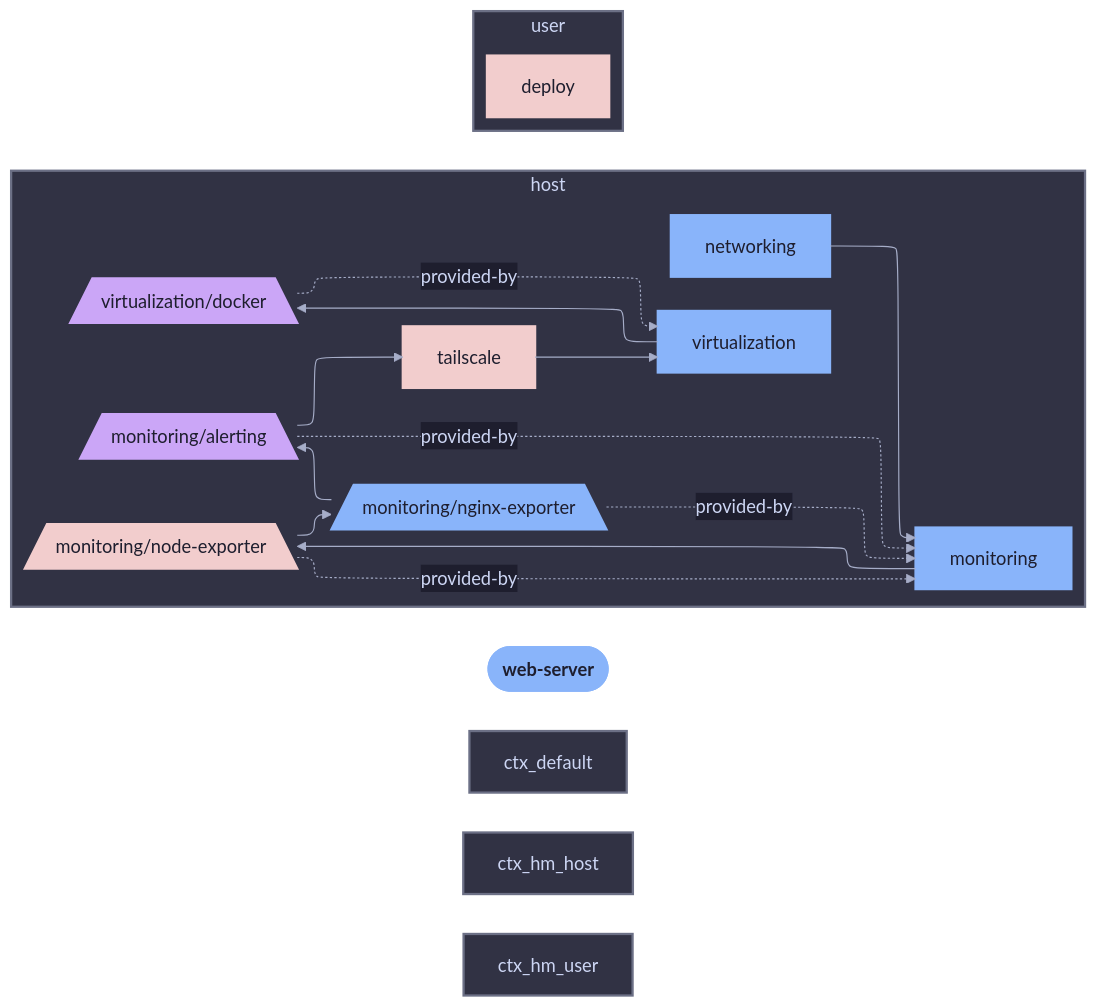
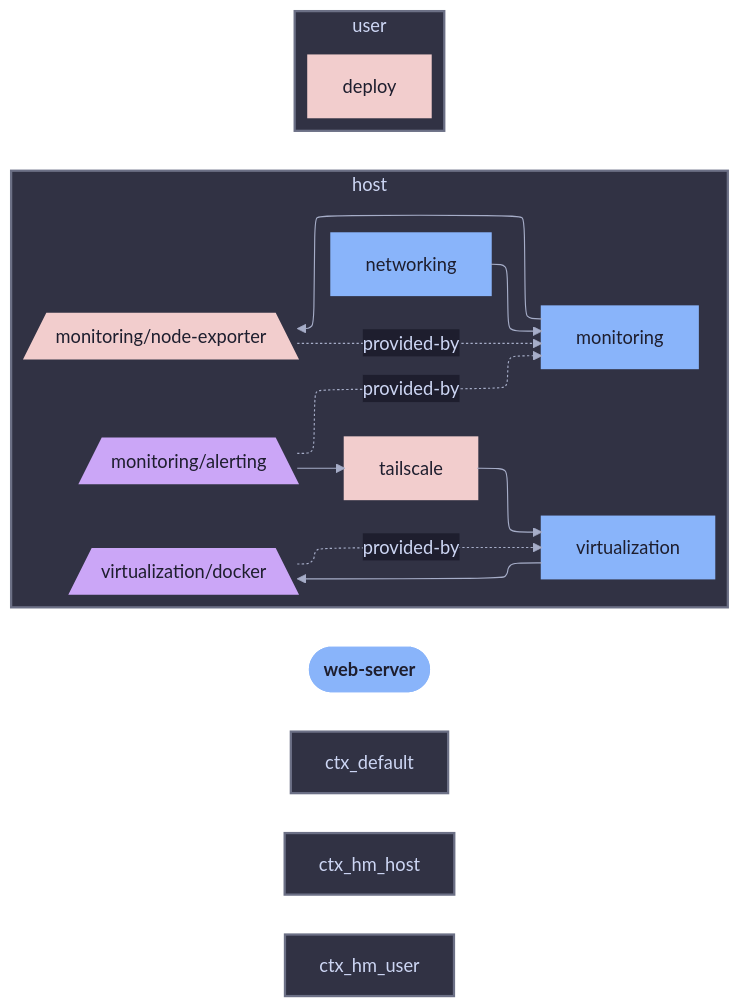
Before and after one commit to sini/den: the diagram in templates/diag-fx-demo/diagrams/web-server-declared.md, drawn with Mermaid. The commit also changed 526 other files, not shown here.

Commit message:
chore: update fx diagrams

````diff
--- a/templates/diag-fx-demo/diagrams/web-server-declared.md
+++ b/templates/diag-fx-demo/diagrams/web-server-declared.md
@@ -5,49 +5,44 @@
 ```mermaid
 %%{init: {"elk":{"mergeEdges":true,"nodePlacementStrategy":"BRANDES_KOEPF"},"layout":"elk","theme":"base","themeVariables":{"activationBkgColor":"#313244","activationBorderColor":"#6c7086","actorBkg":"#313244","actorBorder":"#a6adc8","actorLineColor":"#a6adc8","actorTextColor":"#cdd6f4","background":"#1e1e2e","classText":"#cdd6f4","clusterBkg":"#313244","clusterBorder":"#6c7086","edgeLabelBackground":"#1e1e2e","labelBoxBkgColor":"#313244","labelBoxBorderColor":"#a6adc8","labelTextColor":"#cdd6f4","lineColor":"#a6adc8","loopTextColor":"#cdd6f4","mainBkg":"#313244","nodeBkg":"#313244","nodeBorder":"#a6adc8","nodeTextColor":"#cdd6f4","noteBkgColor":"#313244","noteBorderColor":"#6c7086","noteTextColor":"#cdd6f4","pie1":"#f38ba8","pie2":"#fab387","pie3":"#f9e2af","pie4":"#a6e3a1","pie5":"#94e2d5","pie6":"#89b4fa","pie7":"#cba6f7","pie8":"#f2cdcd","pieLegendTextColor":"#cdd6f4","pieOuterStrokeColor":"#6c7086","pieSectionTextColor":"#cdd6f4","pieStrokeColor":"#6c7086","pieTitleTextColor":"#cdd6f4","primaryBorderColor":"#a6adc8","primaryColor":"#313244","primaryTextColor":"#cdd6f4","secondBkg":"#313244","secondaryBorderColor":"#6c7086","secondaryColor":"#313244","secondaryTextColor":"#cdd6f4","sequenceNumberColor":"#1e1e2e","signalColor":"#a6adc8","signalTextColor":"#cdd6f4","tertiaryBorderColor":"#6c7086","tertiaryColor":"#313244","tertiaryTextColor":"#cdd6f4","textColor":"#cdd6f4","titleColor":"#cdd6f4"}}}%%
 graph LR
   web_server([web-server]):::root
 
   subgraph ctx_host["host"]
   monitoring__alerting[/"monitoring/alerting"\]:::monitoring__alerting_c
   virtualization__docker[/"virtualization/docker"\]:::virtualization__docker_c
   monitoring["monitoring"]:::monitoring_c
   networking["networking"]:::networking_c
-  monitoring__nginx_exporter[/"monitoring/nginx-exporter"\]:::monitoring__nginx_exporter_c
   monitoring__node_exporter[/"monitoring/node-exporter"\]:::monitoring__node_exporter_c
   tailscale["tailscale"]:::tailscale_c
   virtualization["virtualization"]:::virtualization_c
   monitoring --> monitoring__node_exporter
   monitoring__alerting --> tailscale
-  monitoring__nginx_exporter --> monitoring__alerting
-  monitoring__node_exporter --> monitoring__nginx_exporter
   networking --> monitoring
   tailscale --> virtualization
   virtualization --> virtualization__docker
   monitoring__node_exporter -.->|provided-by| monitoring
-  monitoring__nginx_exporter -.->|provided-by| monitoring
   monitoring__alerting -.->|provided-by| monitoring
   virtualization__docker -.->|provided-by| virtualization
   end
   subgraph ctx_user["user"]
   deploy["deploy"]:::deploy_c
 
   end
 
 
   classDef root fill:#89b4fa,stroke:#89b4fa,color:#1e1e2e,font-weight:bold
   classDef monitoring__alerting_c fill:#cba6f7,stroke:#cba6f7,color:#1e1e2e,stroke-width:2px
   classDef deploy_c fill:#f2cdcd,stroke:#f2cdcd,color:#1e1e2e,stroke-width:2px
   classDef virtualization__docker_c fill:#cba6f7,stroke:#cba6f7,color:#1e1e2e,stroke-width:2px
   classDef monitoring_c fill:#89b4fa,stroke:#89b4fa,color:#1e1e2e,stroke-width:2px
   classDef networking_c fill:#89b4fa,stroke:#89b4fa,color:#1e1e2e,stroke-width:2px
-  classDef monitoring__nginx_exporter_c fill:#89b4fa,stroke:#89b4fa,color:#1e1e2e,stroke-width:2px
   classDef monitoring__node_exporter_c fill:#f2cdcd,stroke:#f2cdcd,color:#1e1e2e,stroke-width:2px
   classDef tailscale_c fill:#f2cdcd,stroke:#f2cdcd,color:#1e1e2e,stroke-width:2px
   classDef virtualization_c fill:#89b4fa,stroke:#89b4fa,color:#1e1e2e,stroke-width:2px
   classDef web_server_c fill:#cba6f7,stroke:#cba6f7,color:#1e1e2e,stroke-width:3px
 style ctx_host fill:#313244,stroke:#6c7086,stroke-width:2px
 style ctx_default fill:#313244,stroke:#6c7086,stroke-width:2px
 style ctx_hm_host fill:#313244,stroke:#6c7086,stroke-width:2px
 style ctx_hm_user fill:#313244,stroke:#6c7086,stroke-width:2px
 style ctx_user fill:#313244,stroke:#6c7086,stroke-width:2px
 ```
````
